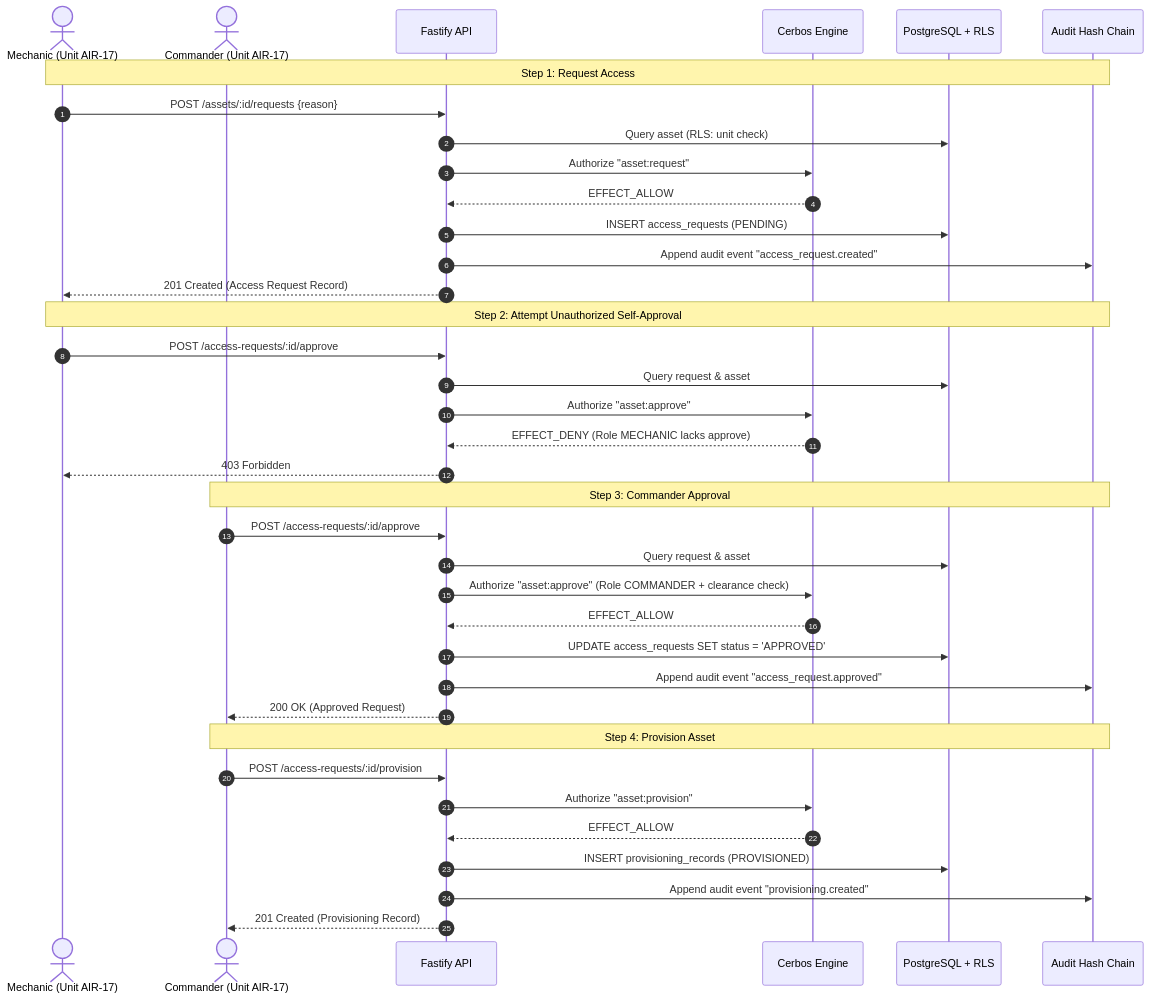
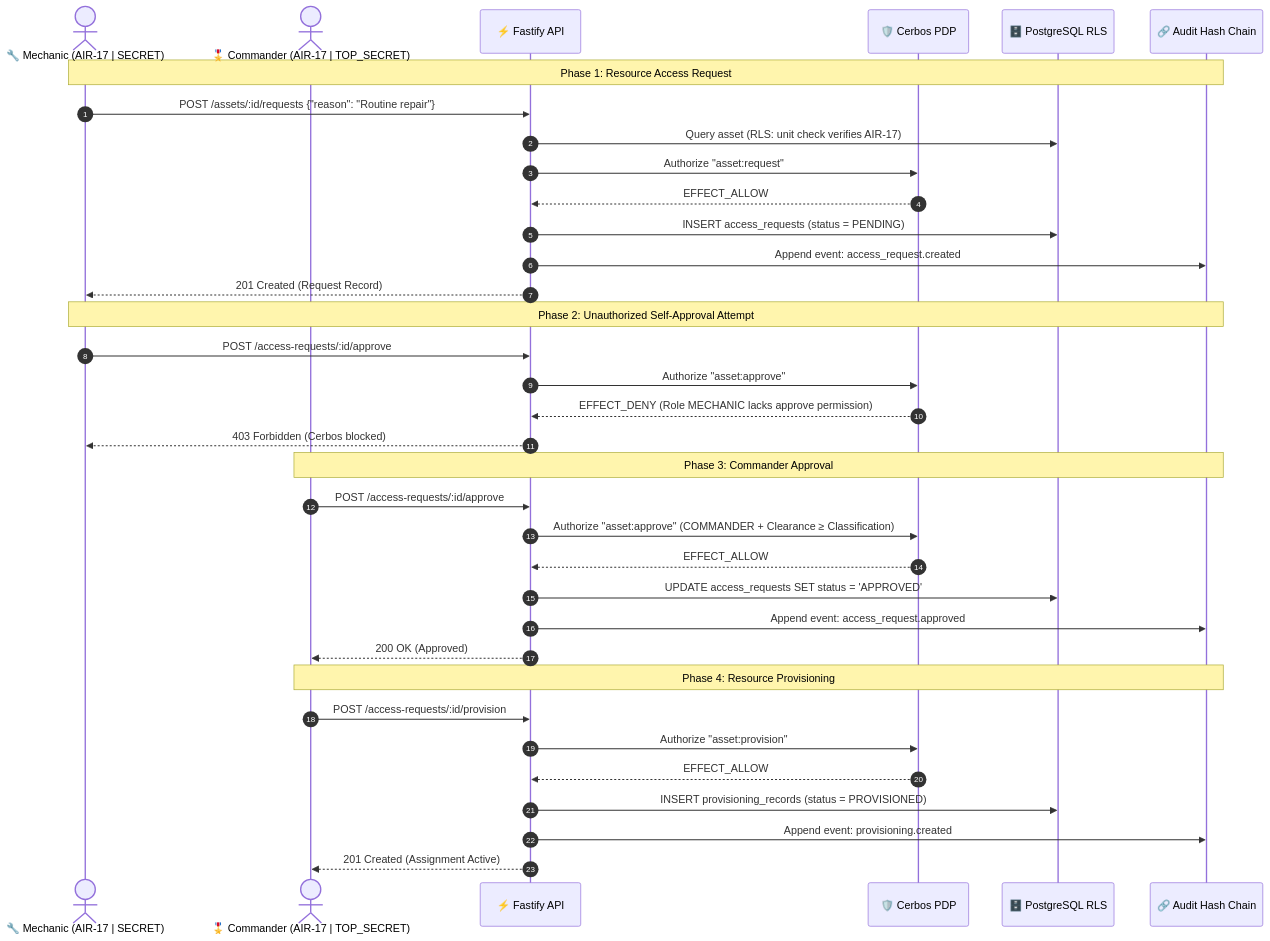
One commit to RASH-2137/redmesh changed the third of 4 diagrams in README.md. Above: the diagram before and after it, drawn with Mermaid. The commit also changed other lines of this file, not shown here.

````diff
--- a/README.md
+++ b/README.md
@@ -122,43 +133,41 @@
 ```mermaid
 sequenceDiagram
     autonumber
-    actor Mechanic as Mechanic (Unit AIR-17)
-    actor Commander as Commander (Unit AIR-17)
-    participant API as Fastify API
-    participant Cerbos as Cerbos Engine
-    participant DB as PostgreSQL + RLS
-    participant Audit as Audit Hash Chain
+    actor Mechanic as 🔧 Mechanic (AIR-17 | SECRET)
+    actor Commander as 🎖️ Commander (AIR-17 | TOP_SECRET)
+    participant API as ⚡ Fastify API
+    participant Cerbos as 🛡️ Cerbos PDP
+    participant DB as 🗄️ PostgreSQL RLS
+    participant Audit as 🔗 Audit Hash Chain
 
-    Note over Mechanic,Audit: Step 1: Request Access
-    Mechanic->>API: POST /assets/:id/requests {reason}
-    API->>DB: Query asset (RLS: unit check)
+    Note over Mechanic,Audit: Phase 1: Resource Access Request
+    Mechanic->>API: POST /assets/:id/requests {"reason": "Routine repair"}
+    API->>DB: Query asset (RLS: unit check verifies AIR-17)
     API->>Cerbos: Authorize "asset:request"
     Cerbos-->>API: EFFECT_ALLOW
-    API->>DB: INSERT access_requests (PENDING)
-    API->>Audit: Append audit event "access_request.created"
-    API-->>Mechanic: 201 Created (Access Request Record)
+    API->>DB: INSERT access_requests (status = PENDING)
+    API->>Audit: Append event: access_request.created
+    API-->>Mechanic: 201 Created (Request Record)
 
-    Note over Mechanic,Audit: Step 2: Attempt Unauthorized Self-Approval
+    Note over Mechanic,Audit: Phase 2: Unauthorized Self-Approval Attempt
     Mechanic->>API: POST /access-requests/:id/approve
-    API->>DB: Query request & asset
     API->>Cerbos: Authorize "asset:approve"
-    Cerbos-->>API: EFFECT_DENY (Role MECHANIC lacks approve)
-    API-->>Mechanic: 403 Forbidden
+    Cerbos-->>API: EFFECT_DENY (Role MECHANIC lacks approve permission)
+    API-->>Mechanic: 403 Forbidden (Cerbos blocked)
 
-    Note over Commander,Audit: Step 3: Commander Approval
+    Note over Commander,Audit: Phase 3: Commander Approval
     Commander->>API: POST /access-requests/:id/approve
-    API->>DB: Query request & asset
-    API->>Cerbos: Authorize "asset:approve" (Role COMMANDER + clearance check)
+    API->>Cerbos: Authorize "asset:approve" (COMMANDER + Clearance ≥ Classification)
     Cerbos-->>API: EFFECT_ALLOW
     API->>DB: UPDATE access_requests SET status = 'APPROVED'
-    API->>Audit: Append audit event "access_request.approved"
-    API-->>Commander: 200 OK (Approved Request)
+    API->>Audit: Append event: access_request.approved
+    API-->>Commander: 200 OK (Approved)
 
-    Note over Commander,Audit: Step 4: Provision Asset
+    Note over Commander,Audit: Phase 4: Resource Provisioning
     Commander->>API: POST /access-requests/:id/provision
     API->>Cerbos: Authorize "asset:provision"
     Cerbos-->>API: EFFECT_ALLOW
-    API->>DB: INSERT provisioning_records (PROVISIONED)
-    API->>Audit: Append audit event "provisioning.created"
-    API-->>Commander: 201 Created (Provisioning Record)
+    API->>DB: INSERT provisioning_records (status = PROVISIONED)
+    API->>Audit: Append event: provisioning.created
+    API-->>Commander: 201 Created (Assignment Active)
 ```
````
